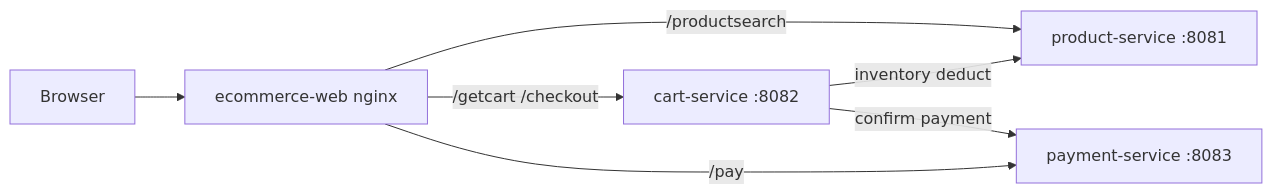
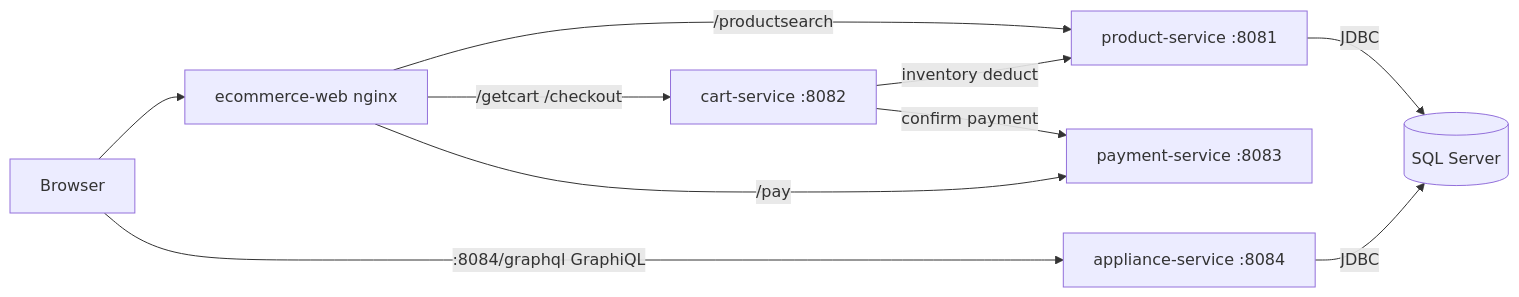
The diagram in README.md (ledeolivcisco/demo-apps-retail), drawn with Mermaid before and after one commit. The commit also changed other lines of this file and 30 other files, not shown here.

First line of the commit message:
Add appliance-service GraphQL backend for appliances inventory.

````diff
--- a/README.md
+++ b/README.md
@@ -18,9 +21,12 @@
 ```mermaid
 flowchart LR
   Browser --> Web[ecommerce-web nginx]
   Web -->|"/productsearch"| Product[product-service :8081]
   Web -->|"/getcart /checkout"| Cart[cart-service :8082]
   Web -->|"/pay"| Payment[payment-service :8083]
+  Browser -->|":8084/graphql GraphiQL"| Appliance[appliance-service :8084]
   Cart -->|inventory deduct| Product
   Cart -->|confirm payment| Payment
+  Appliance -->|JDBC| DB[(SQL Server)]
+  Product -->|JDBC| DB
 ```
````
